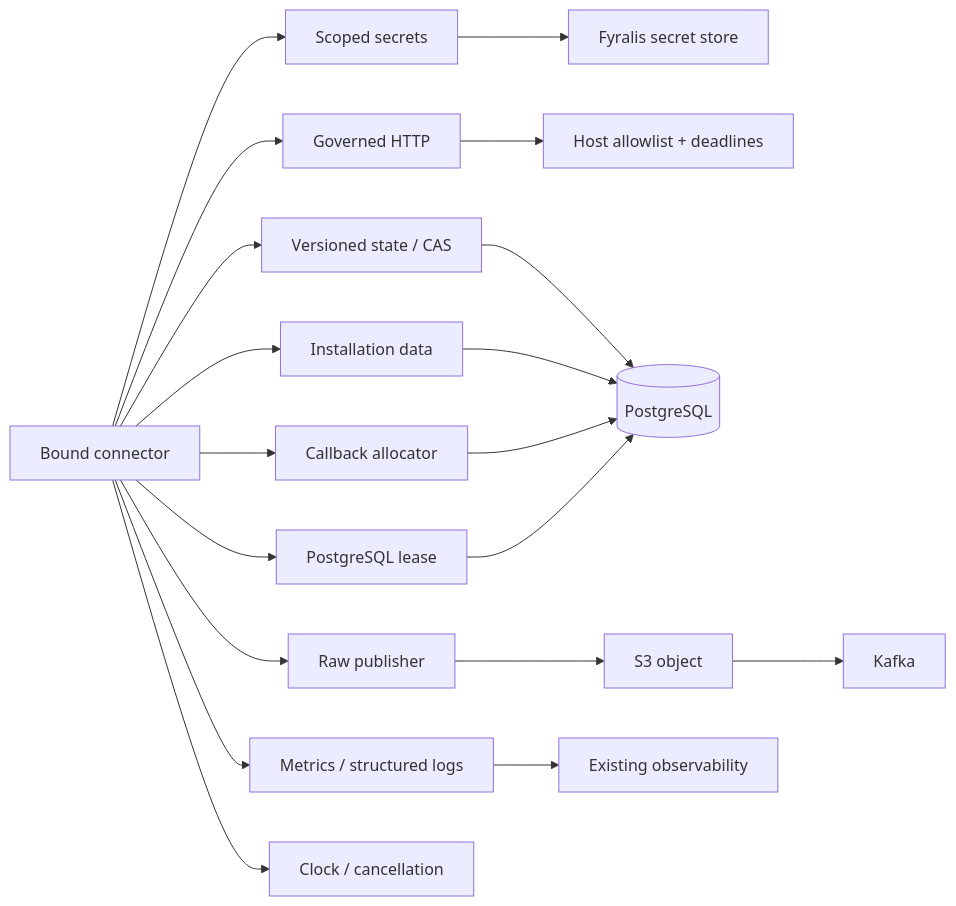
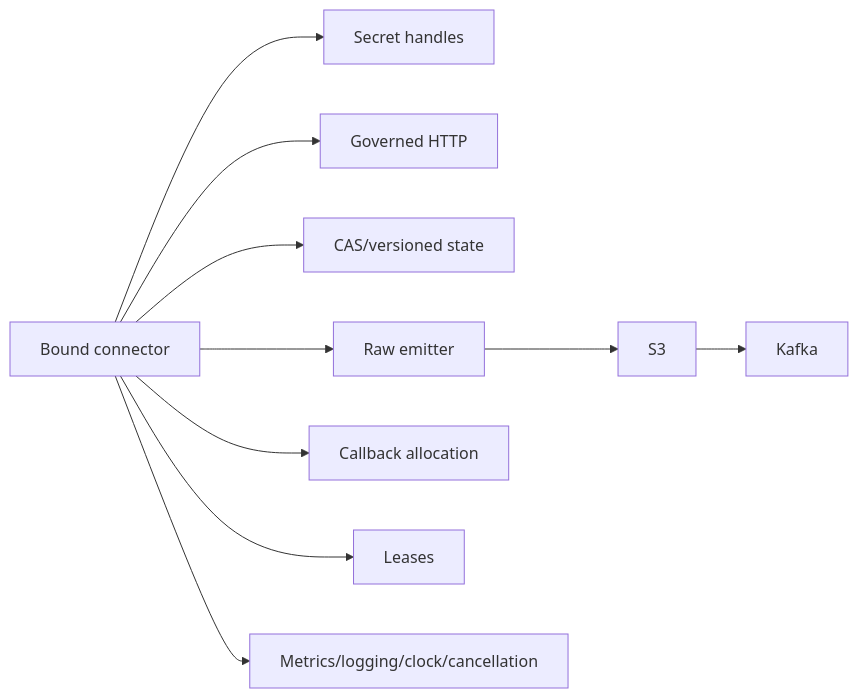
One commit to Fyralisinc/fyraliscore changed the fifth of 5 diagrams in PHASE_3_IMPLEMENTATION_REPORT.md. Above: the diagram before and after it, drawn with Mermaid. The commit also changed other lines of this file and 82 other files, not shown here.

````diff
--- a/PHASE_3_IMPLEMENTATION_REPORT.md
+++ b/PHASE_3_IMPLEMENTATION_REPORT.md
@@ -284,22 +206,12 @@
 ```mermaid
 flowchart LR
-    C[Bound connector] --> SEC[Scoped secrets]
+    C[Bound connector] --> S[Secret handles]
     C --> HTTP[Governed HTTP]
-    C --> ST[Versioned state / CAS]
-    C --> ID[Installation data]
-    C --> RAW[Raw publisher]
-    C --> CB[Callback allocator]
-    C --> LEASE[PostgreSQL lease]
-    C --> TEL[Metrics / structured logs]
-    C --> CTX[Clock / cancellation]
-
-    SEC --> SS[Fyralis secret store]
-    HTTP --> AL[Host allowlist + deadlines]
-    ST --> PG[(PostgreSQL)]
-    ID --> PG
-    CB --> PG
-    LEASE --> PG
-    RAW --> S3[S3 object]
+    C --> ST[CAS/versioned state]
+    C --> EM[Raw emitter]
+    C --> CB[Callback allocation]
+    C --> LE[Leases]
+    C --> OB[Metrics/logging/clock/cancellation]
+    EM --> S3[S3]
     S3 --> K[Kafka]
-    TEL --> OBS[Existing observability]
 ```
````
